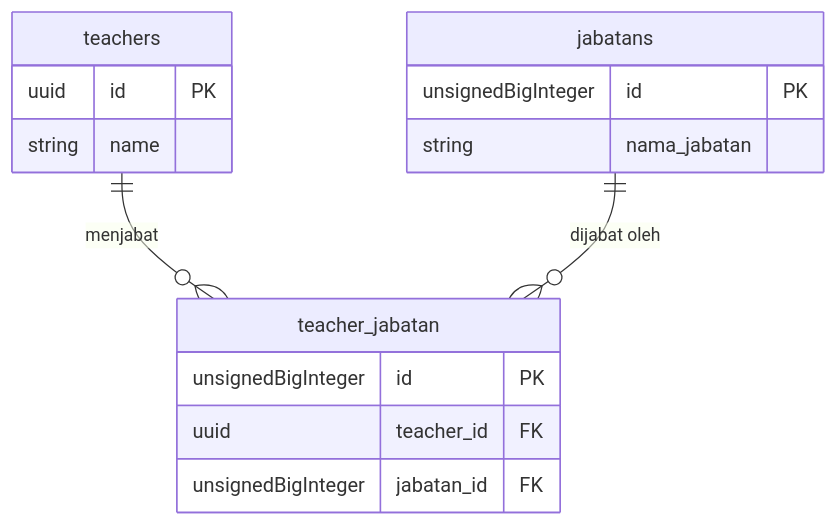
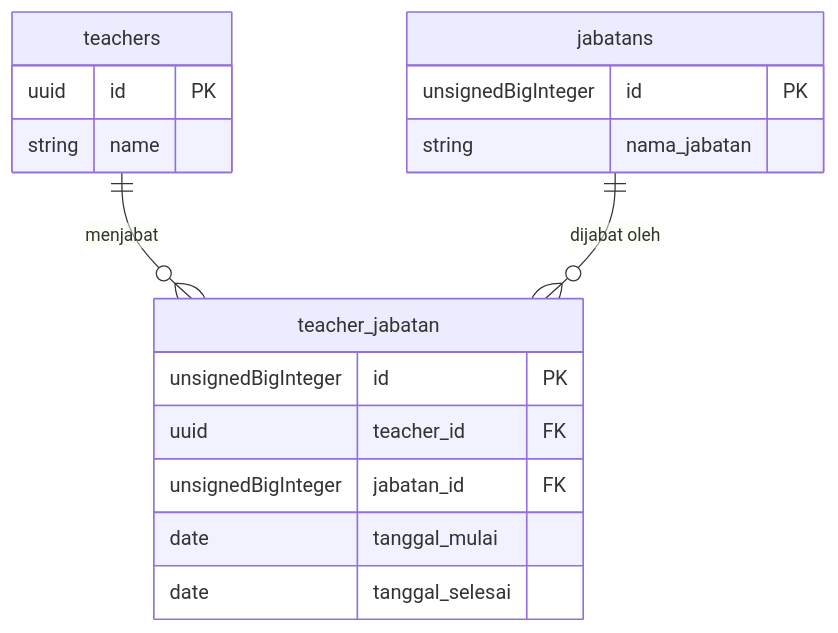
The fourth of 5 diagrams in docs/penjelasan-relasi-data.md (sutrisnoetseul21/absensi-barcode), drawn with Mermaid before and after one commit. The commit also changed other lines of this file, not shown here.

````diff
--- a/docs/penjelasan-relasi-data.md
+++ b/docs/penjelasan-relasi-data.md
@@ -112,21 +112,23 @@
 ```mermaid
 erDiagram
     teachers ||--o{ teacher_jabatan : "menjabat"
     jabatans ||--o{ teacher_jabatan : "dijabat oleh"
 
     teachers {
         uuid id PK
         string name
     }
     
     jabatans {
         unsignedBigInteger id PK
         string nama_jabatan
     }
 
     teacher_jabatan {
         unsignedBigInteger id PK
         uuid teacher_id FK
         unsignedBigInteger jabatan_id FK
+        date tanggal_mulai
+        date tanggal_selesai
     }
 ```
````
